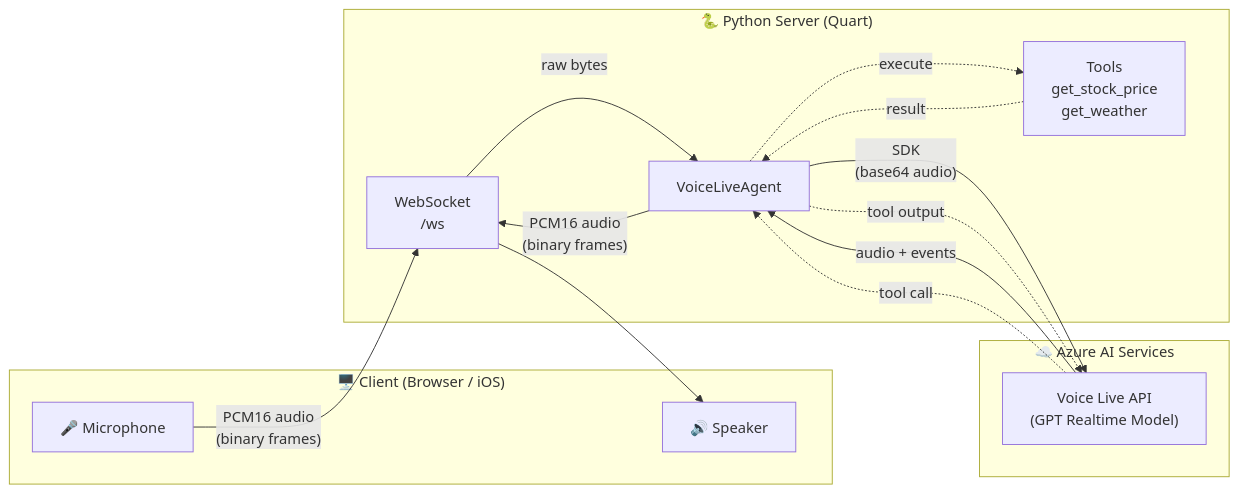
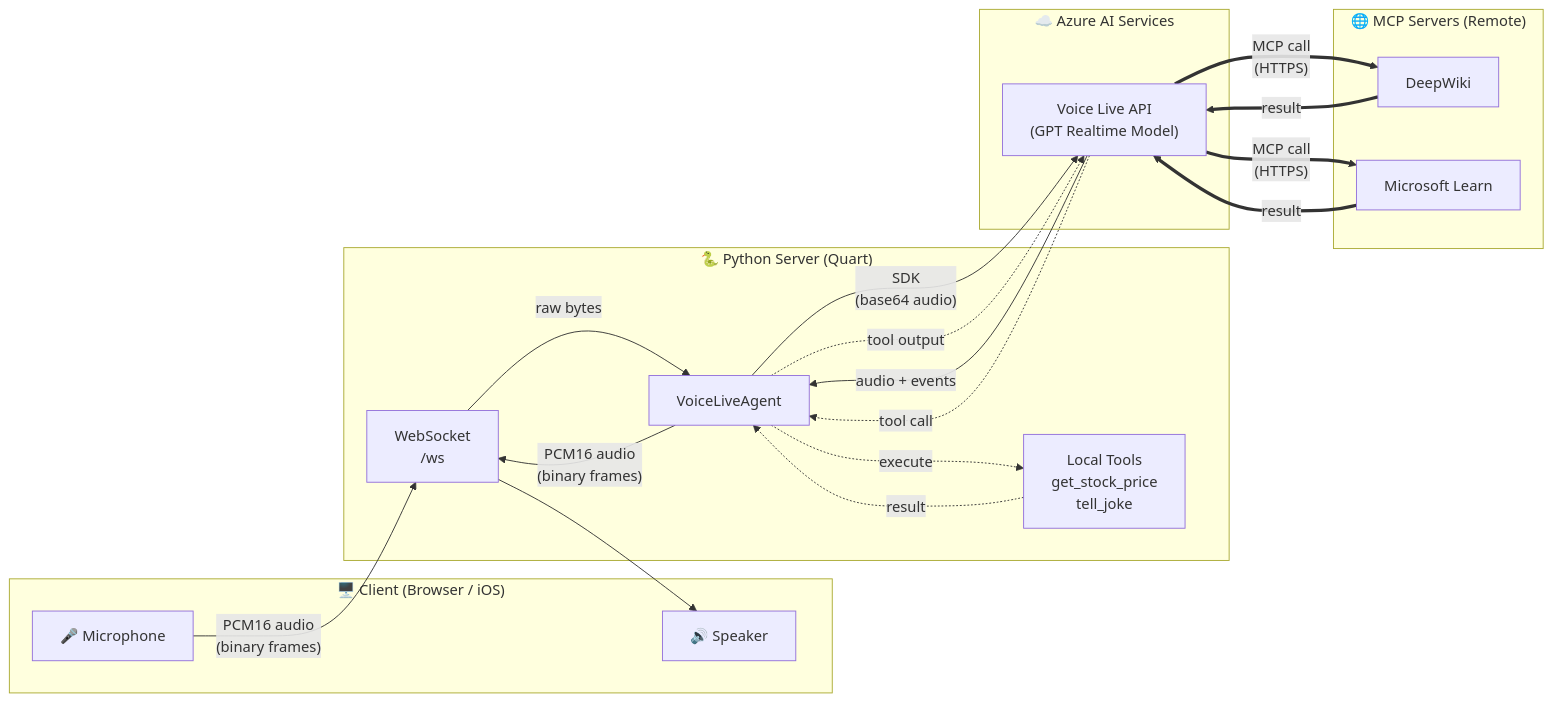
The diagram in README.MD (sanchar10/voice-live-api-browser-talk), drawn with Mermaid before and after one commit. The commit also changed other lines of this file and 6 other files, not shown here.

First line of the commit message:
Add MCP remote server support (Microsoft Learn) + tell_joke tool

````diff
--- a/README.MD
+++ b/README.MD
@@ -22,28 +26,37 @@
 ```mermaid
 graph LR
     subgraph Client ["🖥️ Client (Browser / iOS)"]
         MIC["🎤 Microphone"]
         SPK["🔊 Speaker"]
     end
 
     subgraph Server ["🐍 Python Server (Quart)"]
         WS["WebSocket\n/ws"]
         AGENT["VoiceLiveAgent"]
-        TOOLS["Tools\nget_stock_price\nget_weather"]
+        TOOLS["Local Tools\nget_stock_price\ntell_joke"]
     end
 
     subgraph Azure ["☁️ Azure AI Services"]
         VL["Voice Live API\n(GPT Realtime Model)"]
+    end
+
+    subgraph MCP ["🌐 MCP Servers (Remote)"]
+        DW["DeepWiki"]
+        ML["Microsoft Learn"]
     end
 
     MIC -- "PCM16 audio\n(binary frames)" --> WS
     WS -- raw bytes --> AGENT
     AGENT -- "SDK\n(base64 audio)" --> VL
     VL -- "audio + events" --> AGENT
     AGENT -- "PCM16 audio\n(binary frames)" --> WS
     WS --> SPK
     VL -. "tool call" .-> AGENT
     AGENT -. "execute" .-> TOOLS
     TOOLS -. "result" .-> AGENT
     AGENT -. "tool output" .-> VL
+    VL == "MCP call\n(HTTPS)" ==> DW
+    VL == "MCP call\n(HTTPS)" ==> ML
+    DW == "result" ==> VL
+    ML == "result" ==> VL
 ```
````
